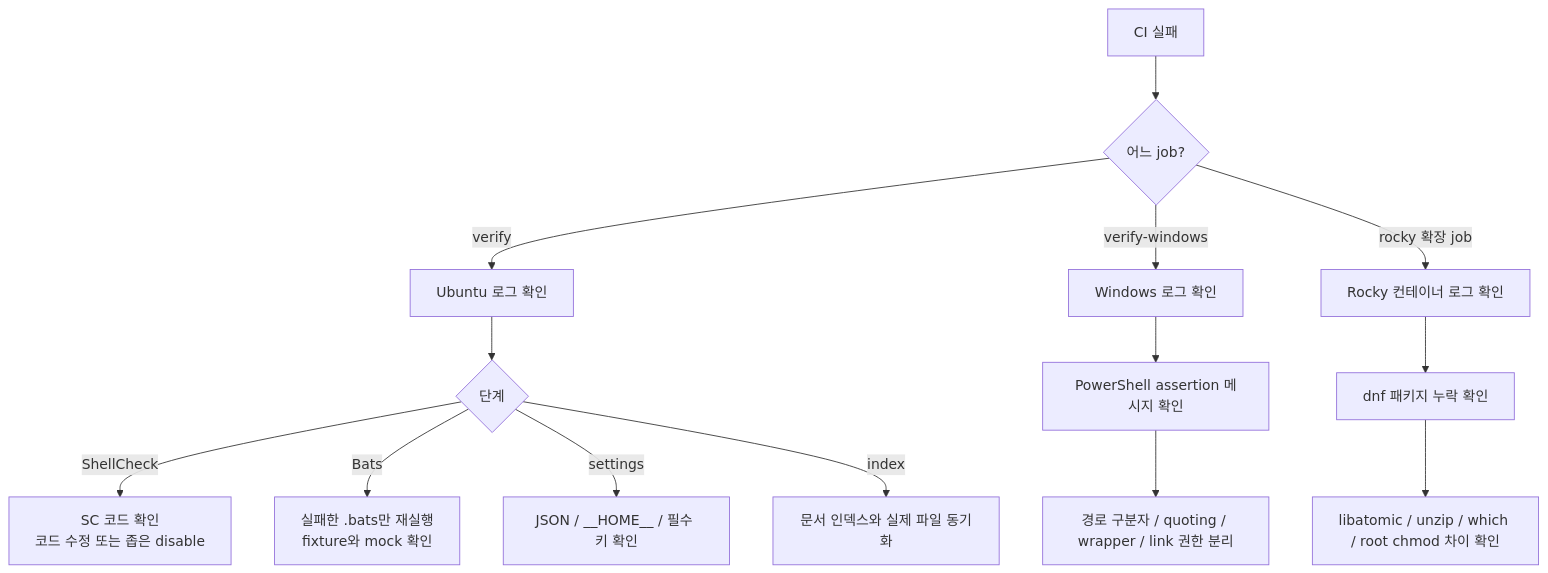
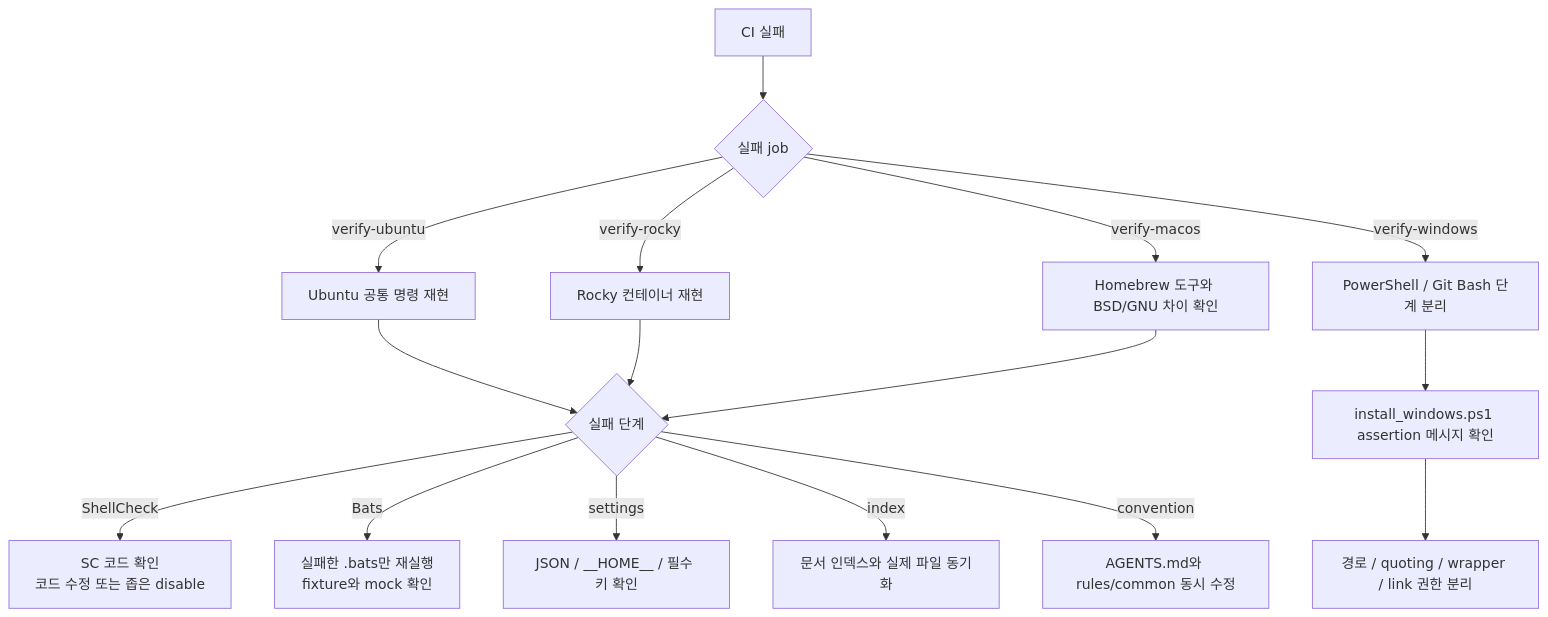
Before and after one commit to jomarusoup/Arachne: the ninth of 9 diagrams in docs/ci.md, drawn with Mermaid. The commit also changed other lines of this file and 4 other files, not shown here.

````diff
--- a/docs/ci.md
+++ b/docs/ci.md
@@ -351,19 +281,20 @@
 ```mermaid
 flowchart TB
-    F["CI 실패"] --> A{"어느 job?"}
-    A -->|verify| L["Ubuntu 로그 확인"]
-    A -->|verify-windows| W["Windows 로그 확인"]
-    A -->|rocky 확장 job| R["Rocky 컨테이너 로그 확인"]
+    F["CI 실패"] --> J{"실패 job"}
+    J -->|verify-ubuntu| U["Ubuntu 공통 명령 재현"]
+    J -->|verify-rocky| R["Rocky 컨테이너 재현"]
+    J -->|verify-windows| W["PowerShell / Git Bash 단계 분리"]
+    J -->|verify-macos| M["Homebrew 도구와 BSD/GNU 차이 확인"]
 
-    L --> L1{"단계"}
-    L1 -->|ShellCheck| L2["SC 코드 확인<br/>코드 수정 또는 좁은 disable"]
-    L1 -->|Bats| L3["실패한 .bats만 재실행<br/>fixture와 mock 확인"]
-    L1 -->|settings| L4["JSON / __HOME__ / 필수 키 확인"]
-    L1 -->|index| L5["문서 인덱스와 실제 파일 동기화"]
+    U --> S1{"실패 단계"}
+    R --> S1
+    M --> S1
+    S1 -->|ShellCheck| A["SC 코드 확인<br/>코드 수정 또는 좁은 disable"]
+    S1 -->|Bats| B["실패한 .bats만 재실행<br/>fixture와 mock 확인"]
+    S1 -->|settings| C["JSON / __HOME__ / 필수 키 확인"]
+    S1 -->|index| D["문서 인덱스와 실제 파일 동기화"]
+    S1 -->|convention| E["AGENTS.md와 rules/common 동시 수정"]
 
-    W --> W1["PowerShell assertion 메시지 확인"]
-    W1 --> W2["경로 구분자 / quoting / wrapper / link 권한 분리"]
-
-    R --> R1["dnf 패키지 누락 확인"]
-    R1 --> R2["libatomic / unzip / which / root chmod 차이 확인"]
+    W --> W1["install_windows.ps1 assertion 메시지 확인"]
+    W1 --> W2["경로 / quoting / wrapper / link 권한 분리"]
 ```
````
